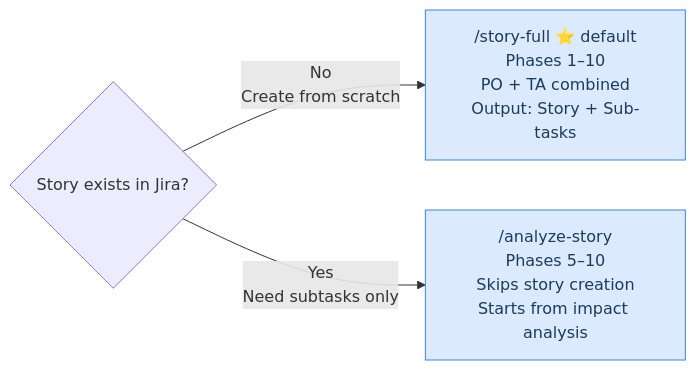
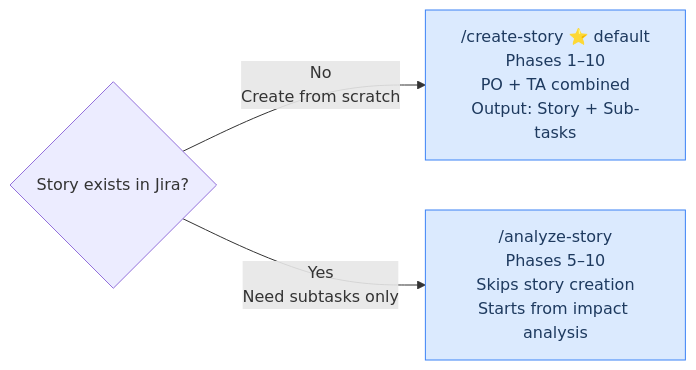
Before and after one commit to wasikarn/atlassian-pm: the second of 2 diagrams in references/skill-orchestration.md, drawn with Mermaid. The commit also changed other lines of this file and 75 other files, not shown here.

````diff
--- a/references/skill-orchestration.md
+++ b/references/skill-orchestration.md
@@ -101,11 +101,11 @@
 ```mermaid
 flowchart LR
     A{Story exists in Jira?} -->|"No\nCreate from scratch"| B
     A -->|"Yes\nNeed subtasks only"| C
 
-    B["/story-full ⭐ default\nPhases 1–10\nPO + TA combined\nOutput: Story + Sub-tasks"]
+    B["/create-story ⭐ default\nPhases 1–10\nPO + TA combined\nOutput: Story + Sub-tasks"]
     C["/analyze-story\nPhases 5–10\nSkips story creation\nStarts from impact analysis"]
 
     classDef skill fill:#dbeafe,stroke:#3b82f6,color:#1e3a5f
     class B,C skill
 ```
````
